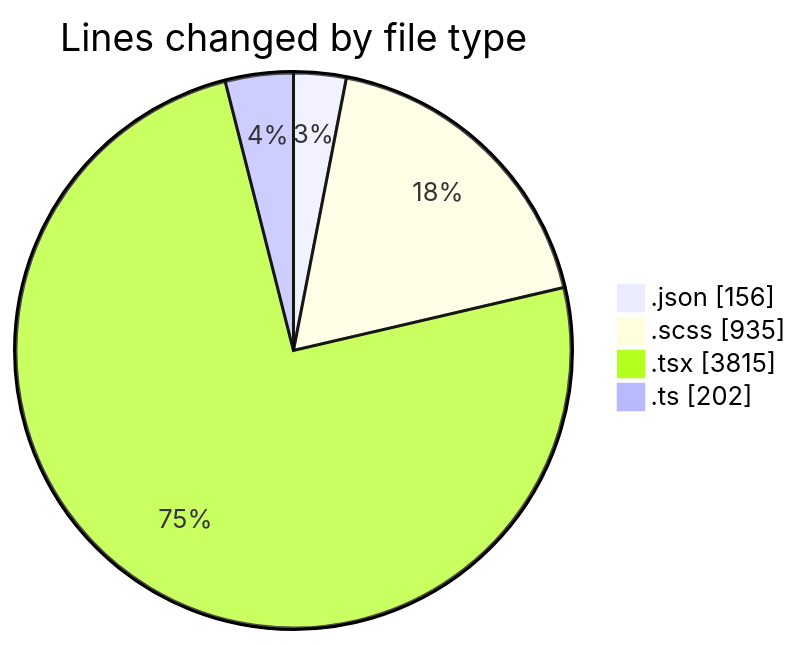
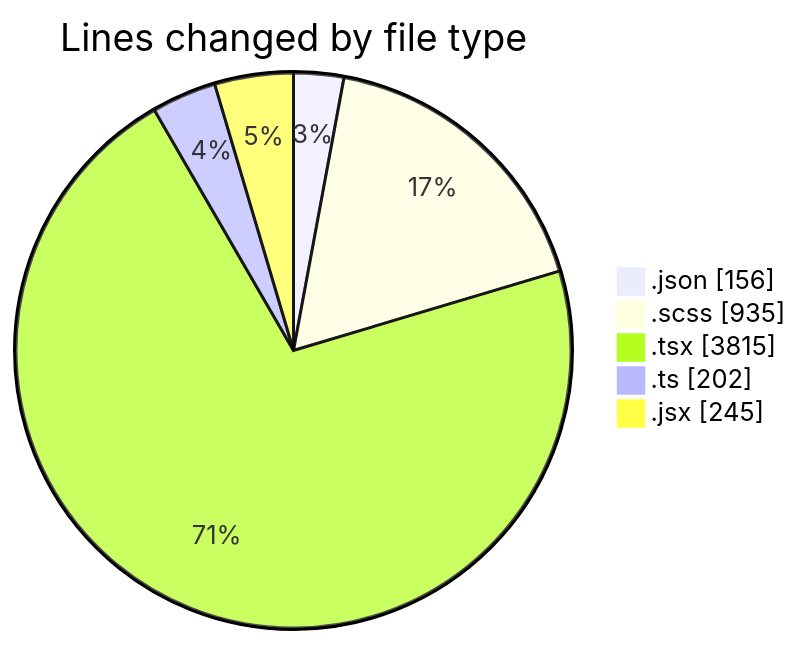
Before and after one commit to momahboobian/code-tracking: the first of 2 diagrams in 2026-02-17/cda/README.md, drawn with Mermaid. The commit also changed other lines of this file and 1 other file, not shown here.

````diff
--- a/2026-02-17/cda/README.md
+++ b/2026-02-17/cda/README.md
@@ -32,8 +33,9 @@
 ```mermaid
 pie showData
 title Lines changed by file type
 ".json" : 156
 ".scss" : 935
 ".tsx" : 3815
 ".ts" : 202
+".jsx" : 245
 ```
````
